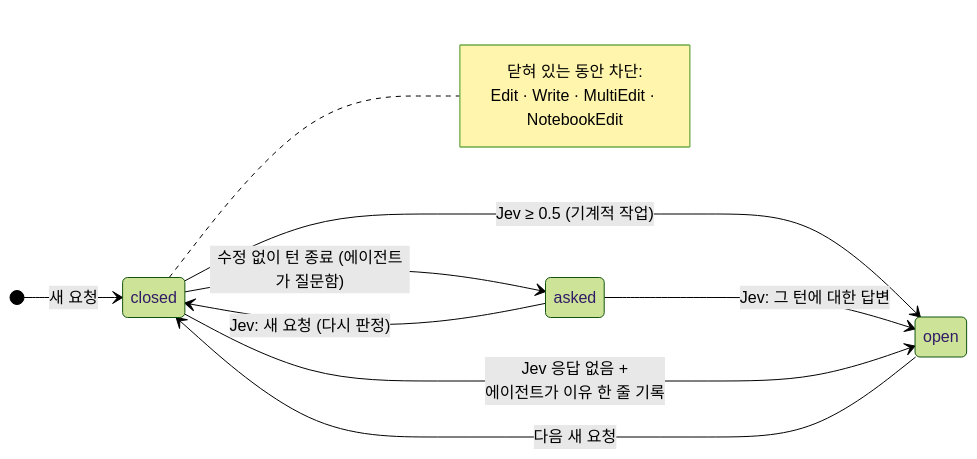
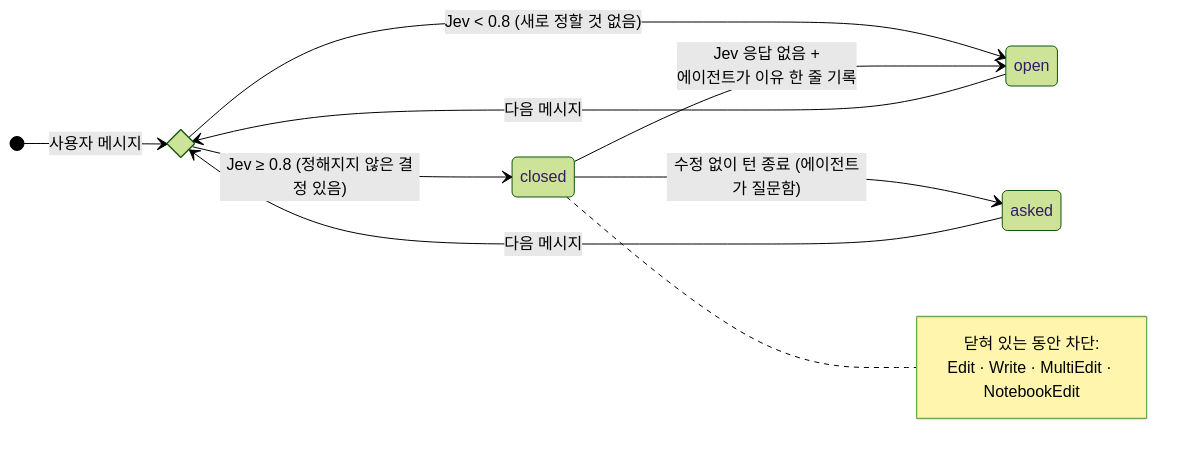
Before and after one commit to beyondworks/lean-forge: the second of 3 diagrams in README.ko.md, drawn with Mermaid (forest theme). The commit also changed other lines of this file and 5 other files, not shown here.

First line of the commit message:
fix(settle): judge each message with the agent's last message, so a go-ahead keeps edits open

````diff
--- a/README.ko.md
+++ b/README.ko.md
@@ -60,15 +60,16 @@
 ```mermaid
 stateDiagram-v2
     direction LR
-    [*] --> closed: 새 요청
-    closed --> open: Jev ≥ 0.5 (기계적 작업)
+    state judge <<choice>>
+    [*] --> judge: 사용자 메시지
+    judge --> open: Jev < 0.8 (새로 정할 것 없음)
+    judge --> closed: Jev ≥ 0.8 (정해지지 않은 결정 있음)
     closed --> asked: 수정 없이 턴 종료 (에이전트가 질문함)
-    asked --> open: Jev: 그 턴에 대한 답변
-    asked --> closed: Jev: 새 요청 (다시 판정)
-    open --> closed: 다음 새 요청
+    asked --> judge: 다음 메시지
+    open --> judge: 다음 메시지
     closed --> open: Jev 응답 없음 +<br/>에이전트가 이유 한 줄 기록
     note right of closed
         닫혀 있는 동안 차단:
         Edit · Write · MultiEdit · NotebookEdit
     end note
 ```
````
